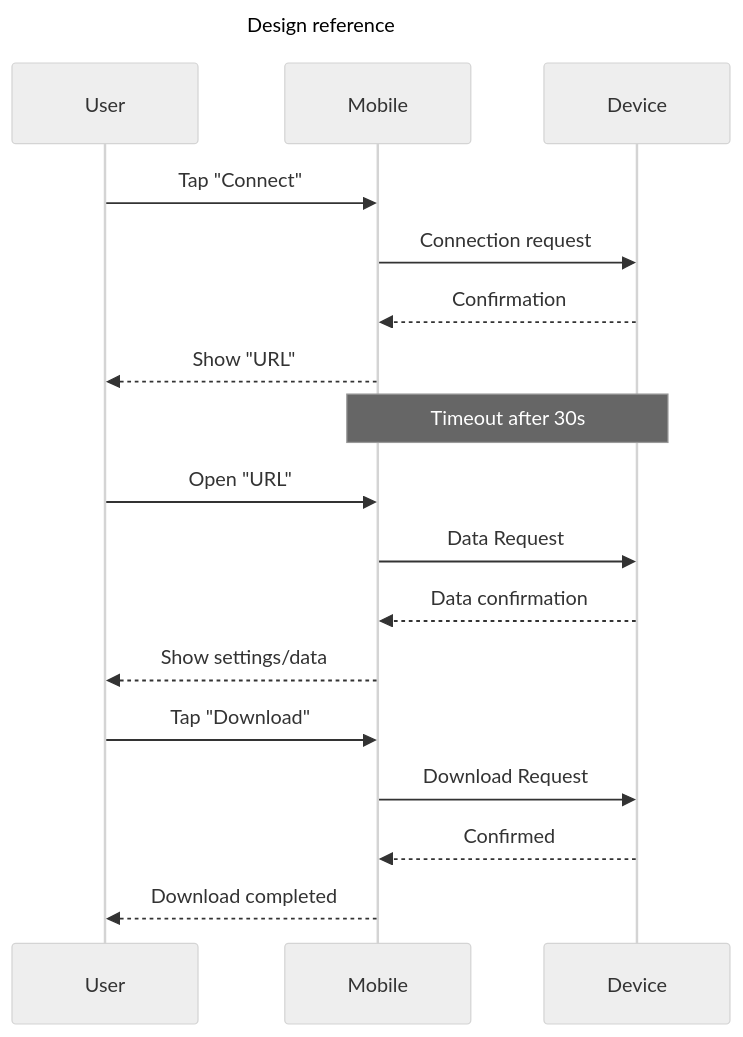
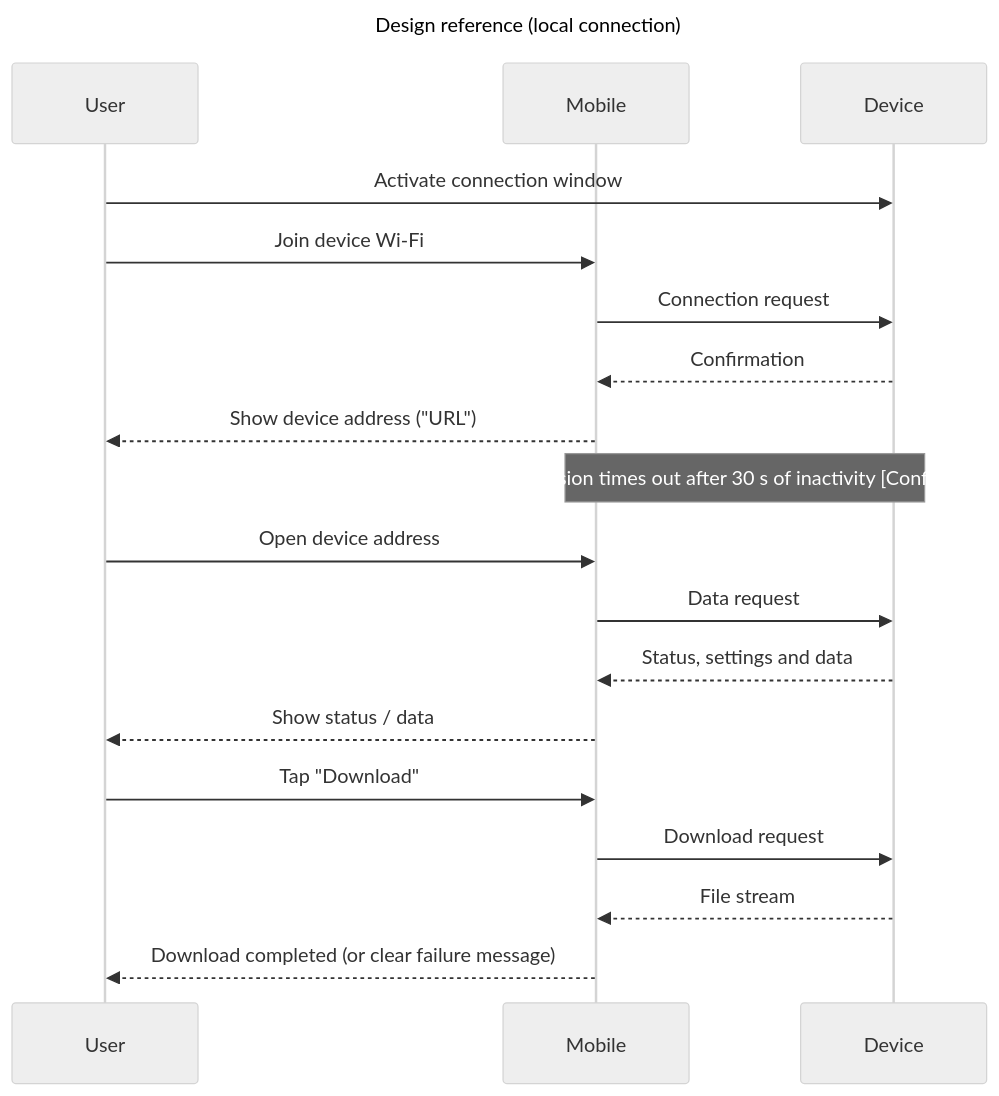
One commit to rametikala/WaterDischargeLogger changed the second of 2 diagrams in README.md. Above: the diagram before and after it, drawn with Mermaid (neutral theme). The commit also changed other lines of this file, not shown here.

````diff
--- a/README.md
+++ b/README.md
@@ -71,23 +169,23 @@
- ```mermaid
+```mermaid
 ---
-title: Design reference
+title: Design reference (local connection)
 ---
 sequenceDiagram
     participant U as User
     participant App as Mobile
     participant Dev as Device
-    U->>App: Tap "Connect"
+    U->>Dev: Activate connection window
+    U->>App: Join device Wi-Fi
     App->>Dev: Connection request
     Dev-->>App: Confirmation
-    App-->>U: Show "URL"
-    Note over App,Dev: Timeout after 30s
-    U->>App: Open "URL"
-    App->>Dev: Data Request
-    Dev-->>App: Data confirmation
-    App-->>U: Show settings/data
+    App-->>U: Show device address ("URL")
+    Note over App,Dev: Session times out after 30 s of inactivity [Confirm]
+    U->>App: Open device address
+    App->>Dev: Data request
+    Dev-->>App: Status, settings and data
+    App-->>U: Show status / data
     U->>App: Tap "Download"
-    App->>Dev: Download Request
-    Dev-->>App: Confirmed
-    App-->>U: Download completed
-
- ```
+    App->>Dev: Download request
+    Dev-->>App: File stream
+    App-->>U: Download completed (or clear failure message)
+```
````
